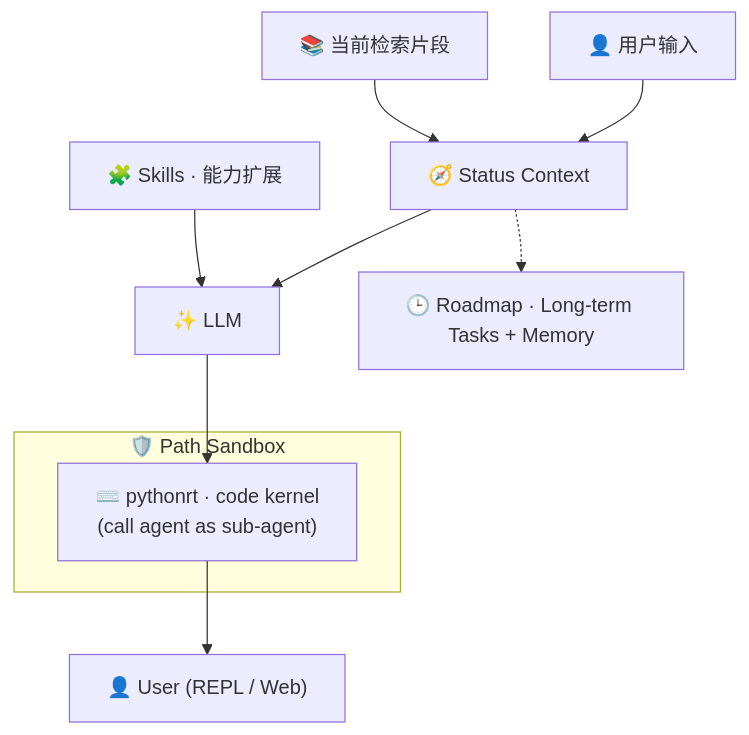
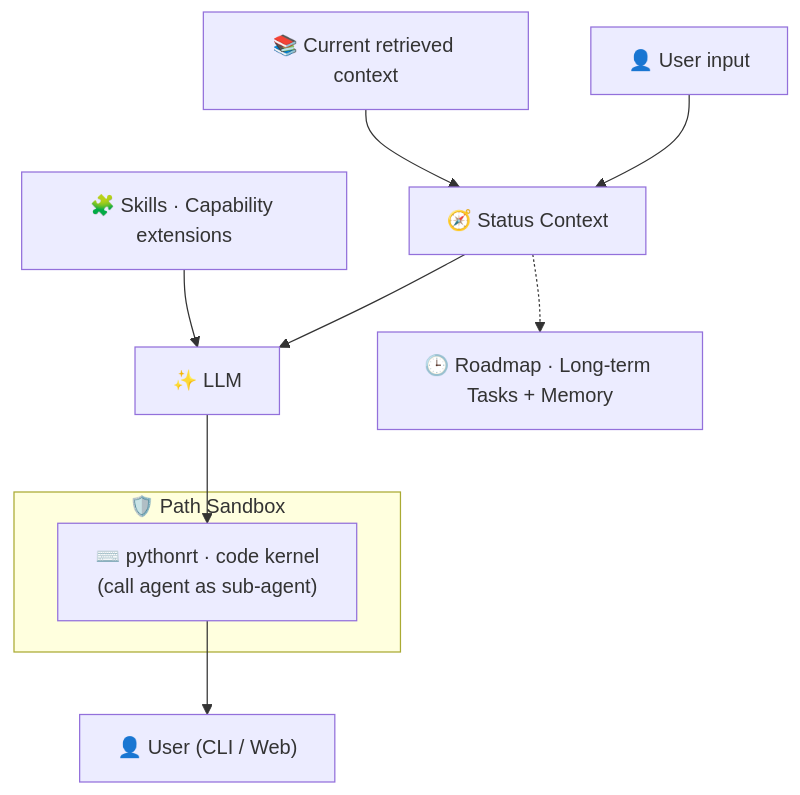
The first of 2 diagrams in README.md (xtudbxk/XKAgent), drawn with Mermaid before and after one commit. The commit also changed other lines of this file and 17 other files, not shown here.

````diff
--- a/README.md
+++ b/README.md
@@ -68,13 +68,13 @@
 ```mermaid
 flowchart TB
-    Input["👤 用户输入"] --> Status["🧭 Status Context"]
-    RAG["📚 当前检索片段"] --> Status
+    Input["👤 User input"] --> Status["🧭 Status Context"]
+    RAG["📚 Current retrieved context"] --> Status
     Status --> LLM["✨ LLM"]
-    Skills["🧩 Skills · 能力扩展"] --> LLM
+    Skills["🧩 Skills · Capability extensions"] --> LLM
     subgraph Sandbox["🛡️ Path Sandbox"]
         Pythonrt["⌨️ pythonrt · code kernel\n(call agent as sub-agent)"]
     end
     LLM --> Pythonrt
     Status -.-> Future["🕒 Roadmap · Long-term Tasks + Memory"]
-    Pythonrt --> User["👤 User (REPL / Web)"]
+    Pythonrt --> User["👤 User (CLI / Web)"]
 ```
````
